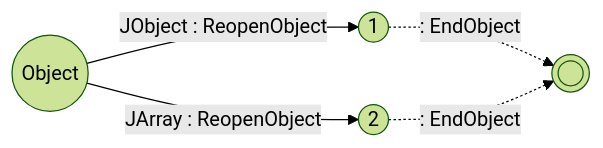
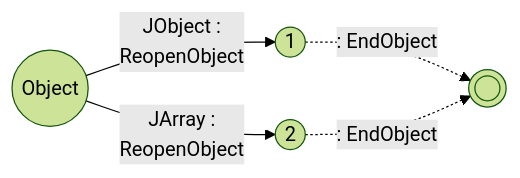
One commit to vczh-websites/vczh changed the fourth of 20 diagrams in Blog/GLR-Refactoring/Mermaid.md. Above: the diagram before and after it, drawn with Mermaid (forest theme). The commit also changed other lines of this file, not shown here.

````diff
--- a/Blog/GLR-Refactoring/Mermaid.md
+++ b/Blog/GLR-Refactoring/Mermaid.md
@@ -48,7 +53,9 @@
 ```mermaid
 graph LR
-  S((Object))-- JObject : ReopenObject -->1
+  S((Object))-- JObject :
+    ReopenObject -->1
   1((1))-. : EndObject .->E((( )))
-  S-- JArray : ReopenObject -->2
+  S-- JArray :
+    ReopenObject -->2
   2((2))-. : EndObject .->E
 ```
````
